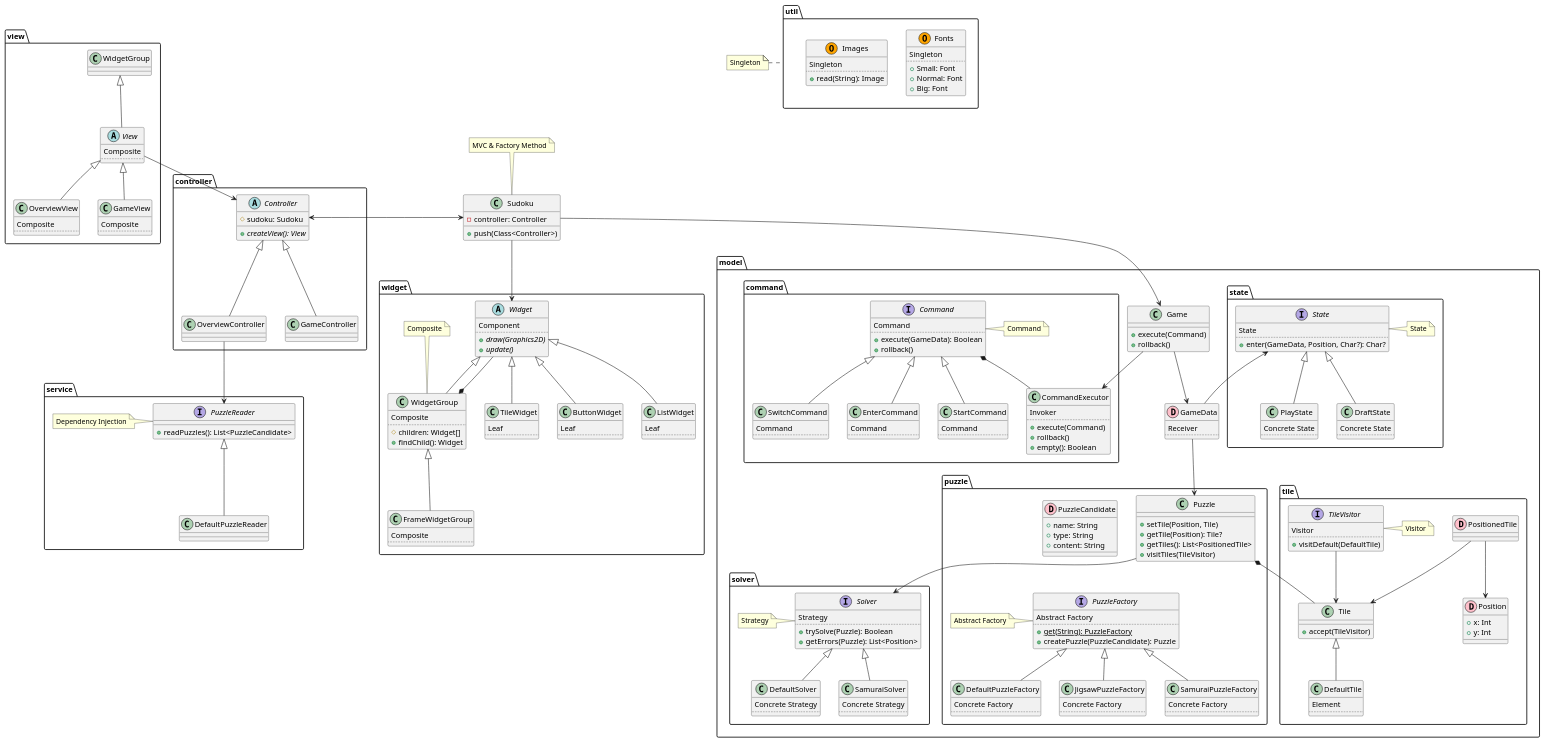
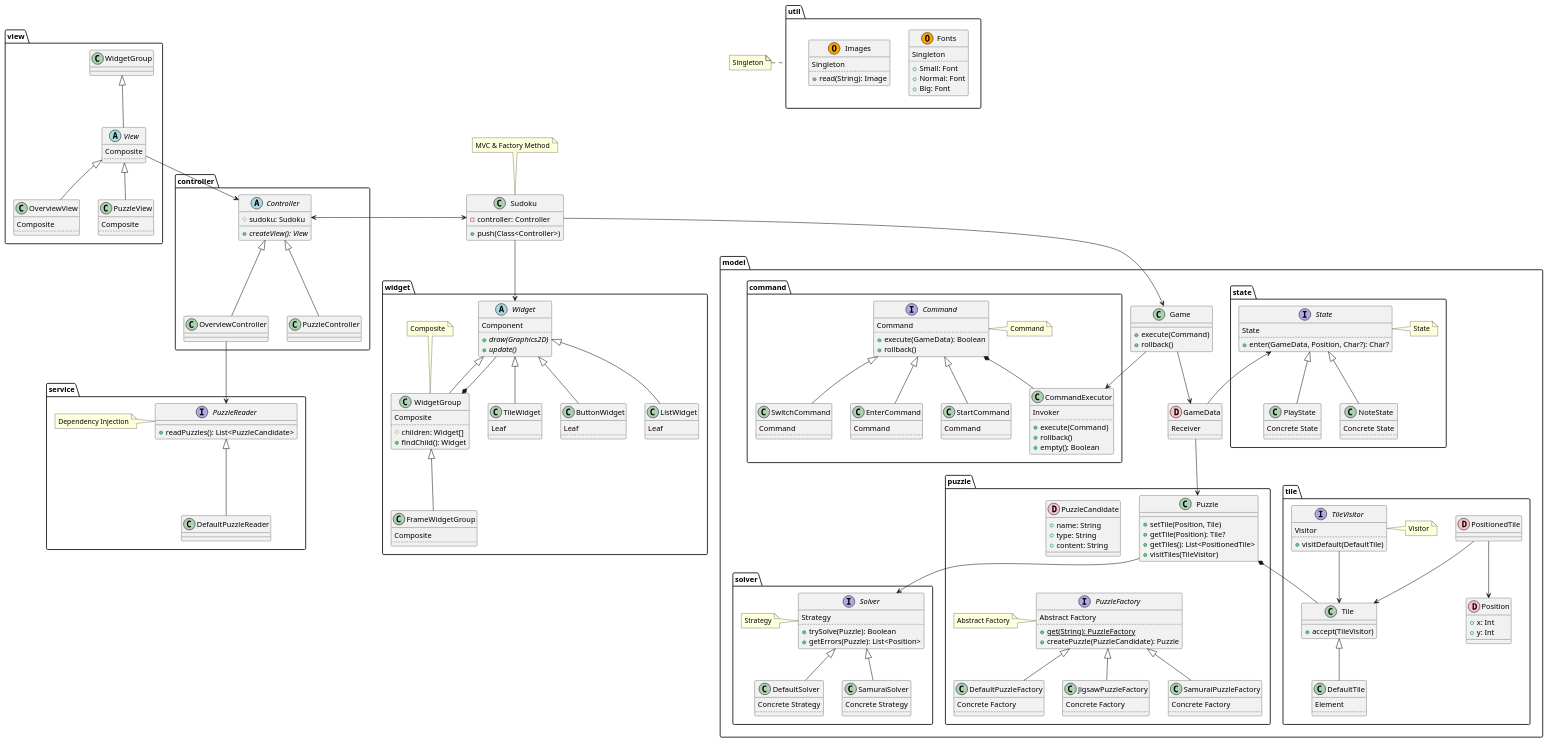
Before and after one commit to houfio/sudoku: the diagram in class_diagram.puml, drawn with PlantUML. The commit also changed 3 other files, not shown here.

Commit message:
Rename game to puzzle

```diff
--- a/class_diagram.puml
+++ b/class_diagram.puml
@@ -16,7 +16,7 @@
   }
 
   class OverviewController extends Controller
-  class GameController extends Controller
+  class PuzzleController extends Controller
 
   OverviewController --> PuzzleReader
 }
@@ -72,7 +72,7 @@
     ..
   }
 
-  class GameView extends View {
+  class PuzzleView extends View {
     Composite
     ..
   }
@@ -234,7 +234,7 @@
       ..
     }
 
-    class DraftState extends State {
+    class NoteState extends State {
       Concrete State
       ..
     }
```
